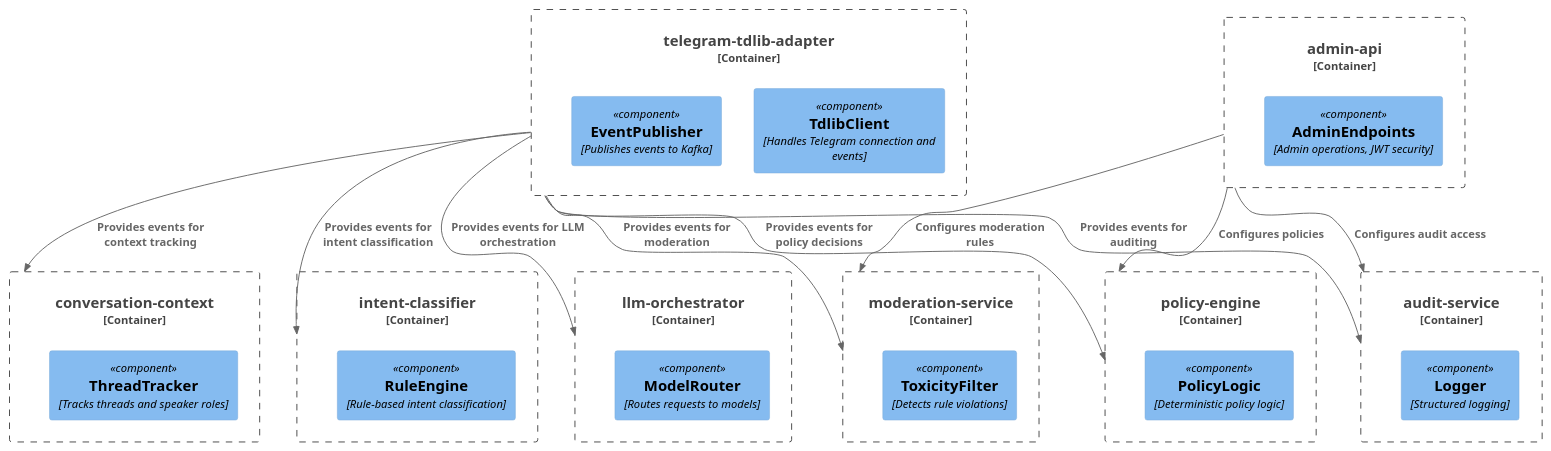
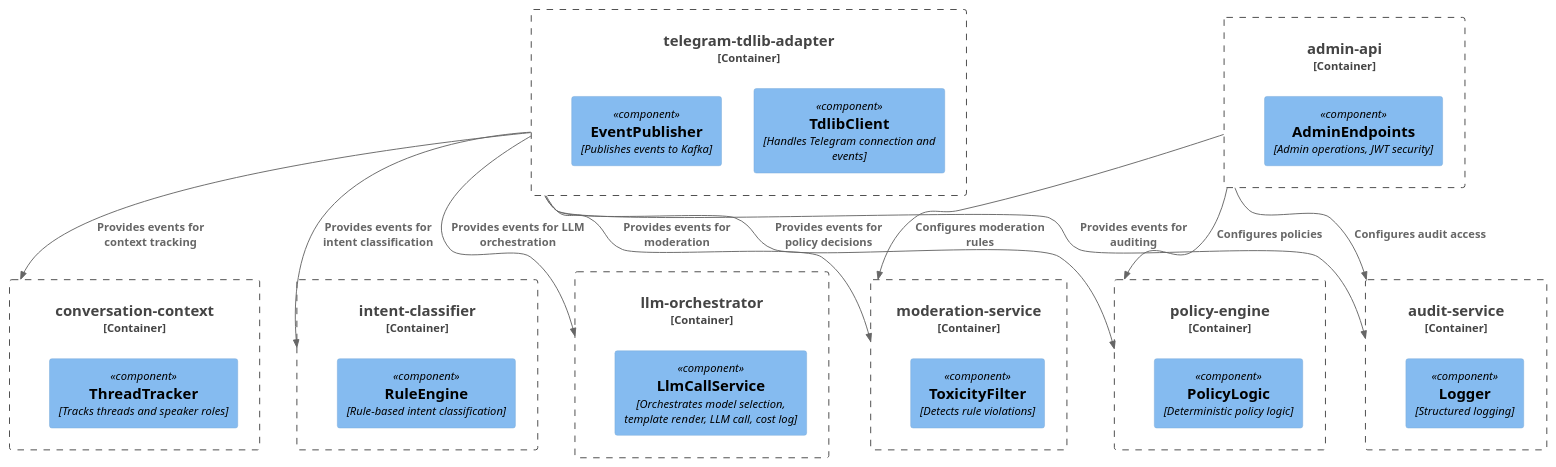
One commit to theyellow/ecip changed the diagram in documentation/diagrams/c4-code.puml. Above: the diagram before and after it, drawn with PlantUML. The commit also changed 3 other files, not shown here.

First line of the commit message:
docs(diagrams): update component names to match LiteLLM implementation

```diff
--- a/documentation/diagrams/c4-code.puml
+++ b/documentation/diagrams/c4-code.puml
@@ -1,47 +1,47 @@
 @startuml C4_Code
 !include https://raw.githubusercontent.com/plantuml-stdlib/C4-PlantUML/master/C4_Component.puml
 
 Container_Boundary(tdlib_adapter, "telegram-tdlib-adapter") {
     Component(TdlibClient, "TdlibClient", "Handles Telegram connection and events")
     Component(EventPublisher, "EventPublisher", "Publishes events to Kafka")
 }
 
 Container_Boundary(conversation_context, "conversation-context") {
     Component(ThreadTracker, "ThreadTracker", "Tracks threads and speaker roles")
 }
 
 Container_Boundary(intent_classifier, "intent-classifier") {
     Component(RuleEngine, "RuleEngine", "Rule-based intent classification")
 }
 
 Container_Boundary(policy_engine, "policy-engine") {
     Component(PolicyLogic, "PolicyLogic", "Deterministic policy logic")
 }
 
 Container_Boundary(llm_orchestrator, "llm-orchestrator") {
-    Component(ModelRouter, "ModelRouter", "Routes requests to models")
+    Component(LlmCallService, "LlmCallService", "Orchestrates model selection, template render, LLM call, cost log")
 }
 
 Container_Boundary(moderation_service, "moderation-service") {
     Component(ToxicityFilter, "ToxicityFilter", "Detects rule violations")
 }
 
 Container_Boundary(audit_service, "audit-service") {
     Component(Logger, "Logger", "Structured logging")
 }
 
 Container_Boundary(admin_api, "admin-api") {
     Component(AdminEndpoints, "AdminEndpoints", "Admin operations, JWT security")
 }
 
 Rel(tdlib_adapter, conversation_context, "Provides events for context tracking")
 Rel(tdlib_adapter, intent_classifier, "Provides events for intent classification")
 Rel(tdlib_adapter, policy_engine, "Provides events for policy decisions")
 Rel(tdlib_adapter, llm_orchestrator, "Provides events for LLM orchestration")
 Rel(tdlib_adapter, moderation_service, "Provides events for moderation")
 Rel(tdlib_adapter, audit_service, "Provides events for auditing")
 Rel(admin_api, policy_engine, "Configures policies")
 Rel(admin_api, moderation_service, "Configures moderation rules")
 Rel(admin_api, audit_service, "Configures audit access")
 
 @enduml
```
